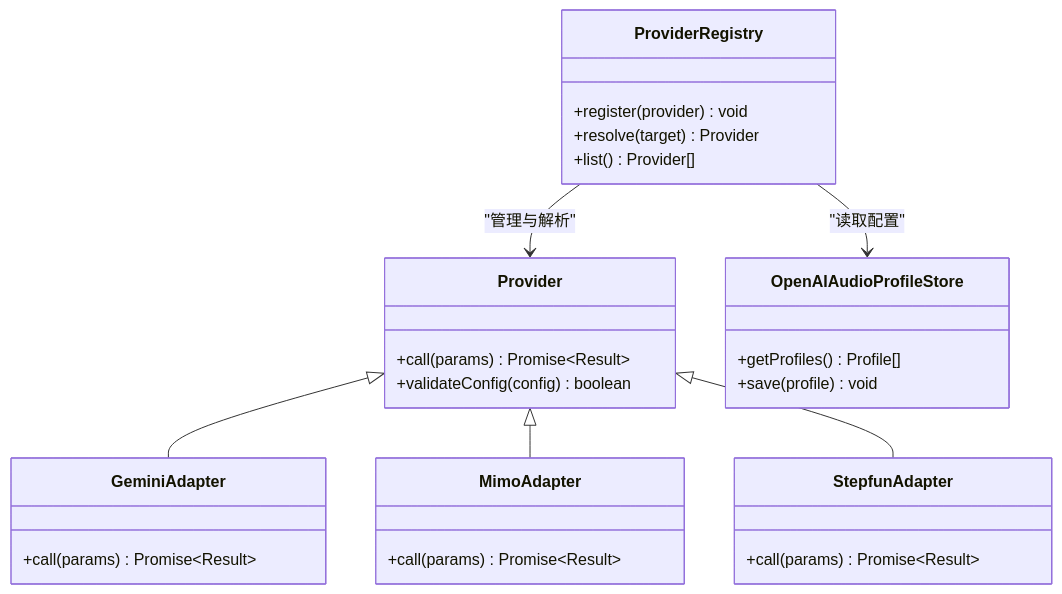
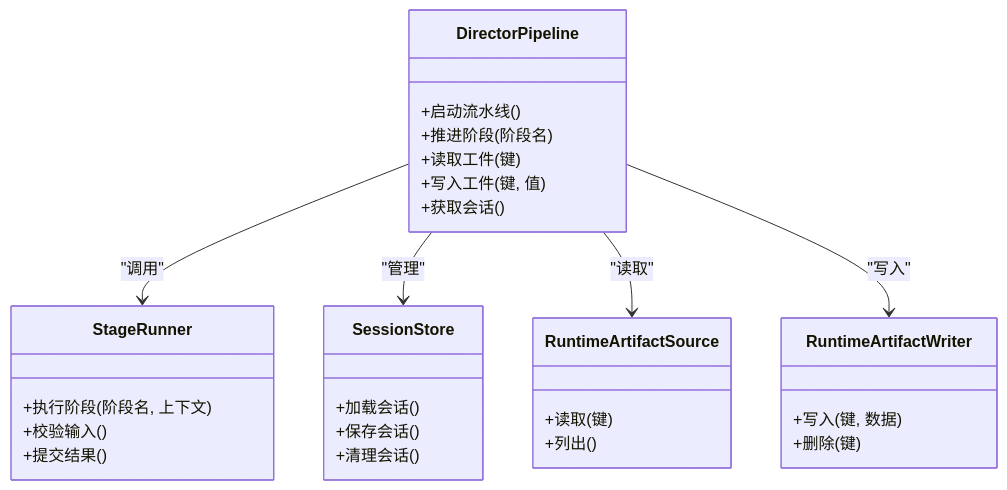
Before and after one commit to scottcwy/PurpleInk: the third of 6 diagrams in .qoder/repowiki/zh/content/项目概述/项目概述.md, drawn with Mermaid. The commit also changed other lines of this file and 872 other files, not shown here.

````diff
--- a/.qoder/repowiki/zh/content/项目概述/项目概述.md
+++ b/.qoder/repowiki/zh/content/项目概述/项目概述.md
@@ -149,30 +149,32 @@
 ```mermaid
 classDiagram
-class ProviderRegistry {
-+register(provider) void
-+resolve(target) Provider
-+list() Provider[]
+class DirectorPipeline {
++启动流水线()
++推进阶段(阶段名)
++读取工件(键)
++写入工件(键, 值)
++获取会话()
 }
-class Provider {
-+call(params) Promise~Result~
-+validateConfig(config) boolean
+class StageRunner {
++执行阶段(阶段名, 上下文)
++校验输入()
++提交结果()
 }
-class OpenAIAudioProfileStore {
-+getProfiles() Profile[]
-+save(profile) void
+class SessionStore {
++加载会话()
++保存会话()
++清理会话()
 }
-class GeminiAdapter {
-+call(params) Promise~Result~
+class RuntimeArtifactSource {
++读取(键)
++列出()
 }
-class MimoAdapter {
-+call(params) Promise~Result~
+class RuntimeArtifactWriter {
++写入(键, 数据)
++删除(键)
 }
-class StepfunAdapter {
-+call(params) Promise~Result~
-}
-ProviderRegistry --> Provider : "管理与解析"
-Provider <|-- GeminiAdapter
-Provider <|-- MimoAdapter
-Provider <|-- StepfunAdapter
-ProviderRegistry --> OpenAIAudioProfileStore : "读取配置"
+DirectorPipeline --> StageRunner : "调用"
+DirectorPipeline --> SessionStore : "管理"
+DirectorPipeline --> RuntimeArtifactSource : "读取"
+DirectorPipeline --> RuntimeArtifactWriter : "写入"
 ```
````
